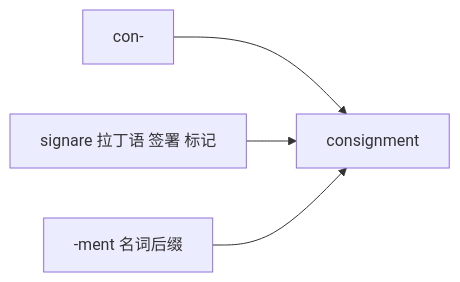
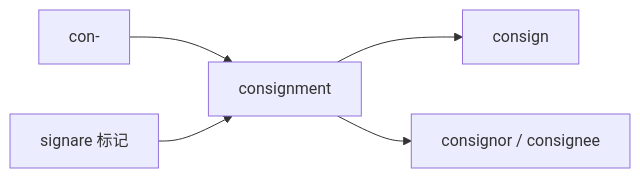
Before and after one commit to seki999/DialogueFlow: the fourth of 5 diagrams in slides_backup/托业单词/20260630/07.md, drawn with Mermaid. The commit also changed other lines of this file and 28 other files, not shown here.

````diff
--- a/slides_backup/托业单词/20260630/07.md
+++ b/slides_backup/托业单词/20260630/07.md
@@ -121,6 +156,7 @@
 ```mermaid
 flowchart LR
     A[con-] --> D[consignment]
-    B[signare 拉丁语 签署 标记] --> D
-    C[-ment 名词后缀] --> D
+    B[signare 标记] --> D
+    D --> E[consign]
+    D --> F[consignor / consignee]
 ```
````
